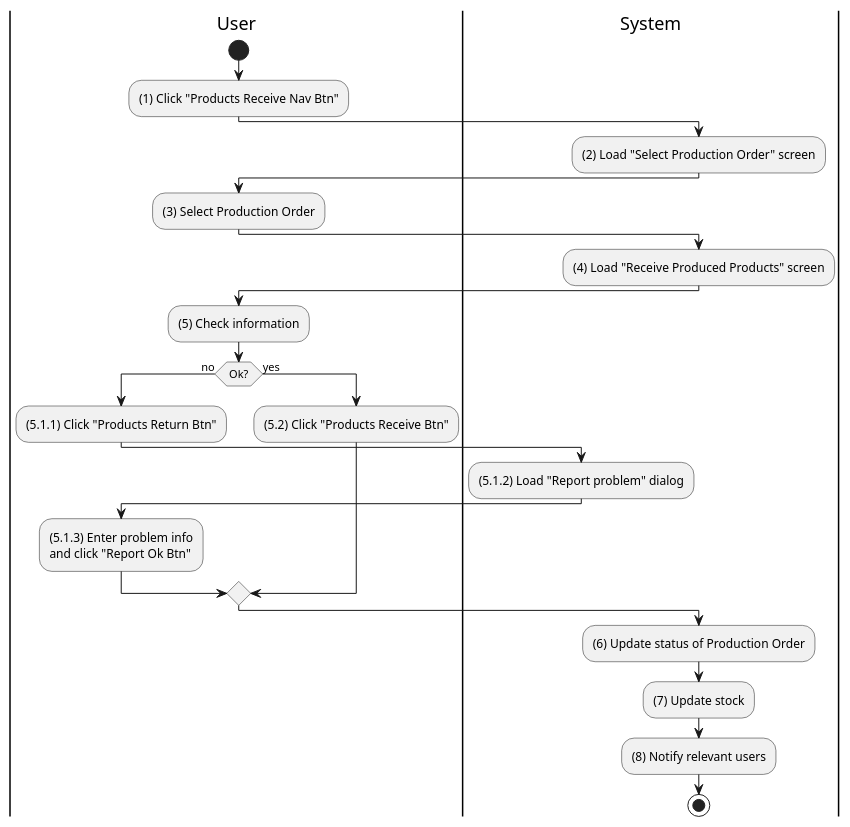
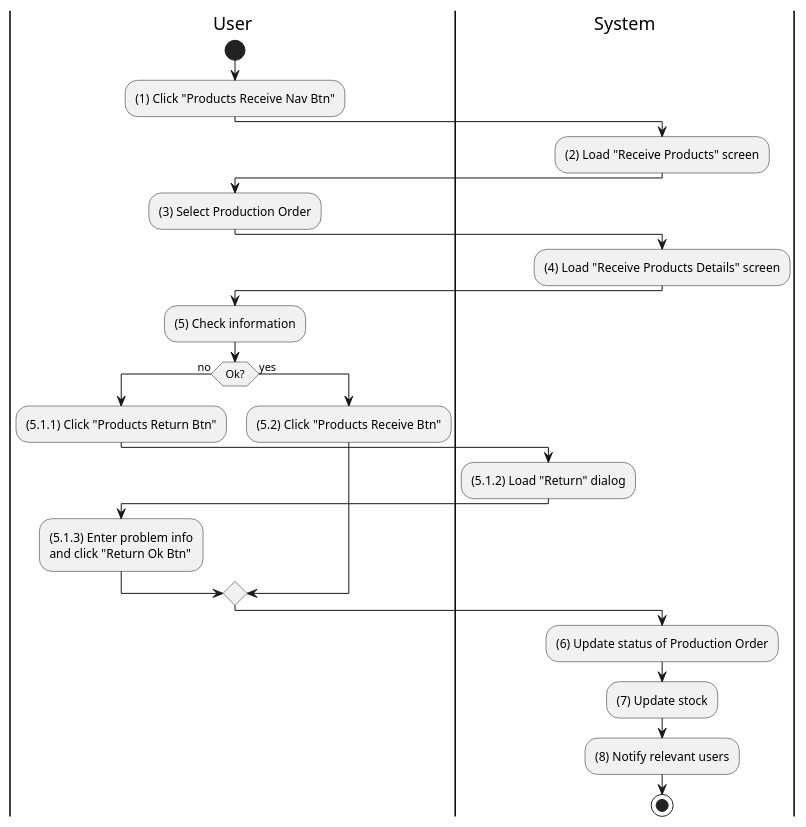
The diagram in activities/inventory-product-receive.plantuml (phihungha/scmss-reqs), drawn with PlantUML before and after one commit. The commit also changed 15 other files, not shown here.

```diff
--- a/activities/inventory-product-receive.plantuml
+++ b/activities/inventory-product-receive.plantuml
@@ -1,40 +1,40 @@
 @startuml inventory-product-receive
 |u|User
 |s|System
 
 |u|
 start
 :(1) Click "Products Receive Nav Btn";
 
 |s|
-:(2) Load "Select Production Order" screen;
+:(2) Load "Receive Products" screen;
 
 |u|
 :(3) Select Production Order;
 
 |s|
-:(4) Load "Receive Produced Products" screen;
+:(4) Load "Receive Products Details" screen;
 
 |u|
 :(5) Check information;
 
 if (Ok?) then (no)
     |u|
     :(5.1.1) Click "Products Return Btn";
 
     |s|
-    :(5.1.2) Load "Report problem" dialog;
+    :(5.1.2) Load "Return" dialog;
 
     |u|
-    :(5.1.3) Enter problem info\nand click "Report Ok Btn";
+    :(5.1.3) Enter problem info\nand click "Return Ok Btn";
 else (yes)
     |u|
     :(5.2) Click "Products Receive Btn";
 endif
 
 |s|
 :(6) Update status of Production Order;
 :(7) Update stock;
 :(8) Notify relevant users;
 stop
 @enduml
```
